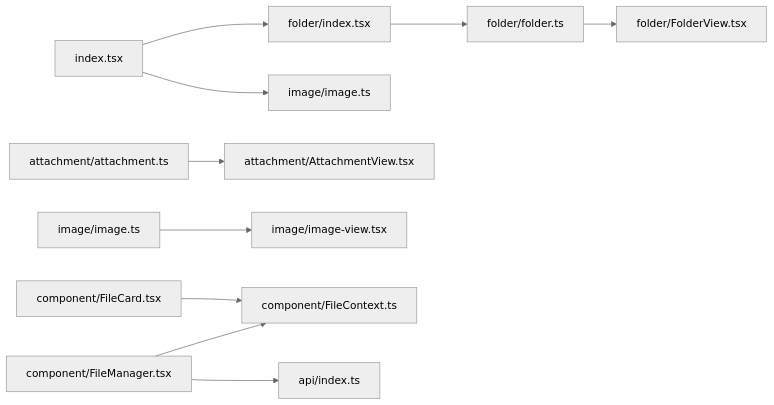
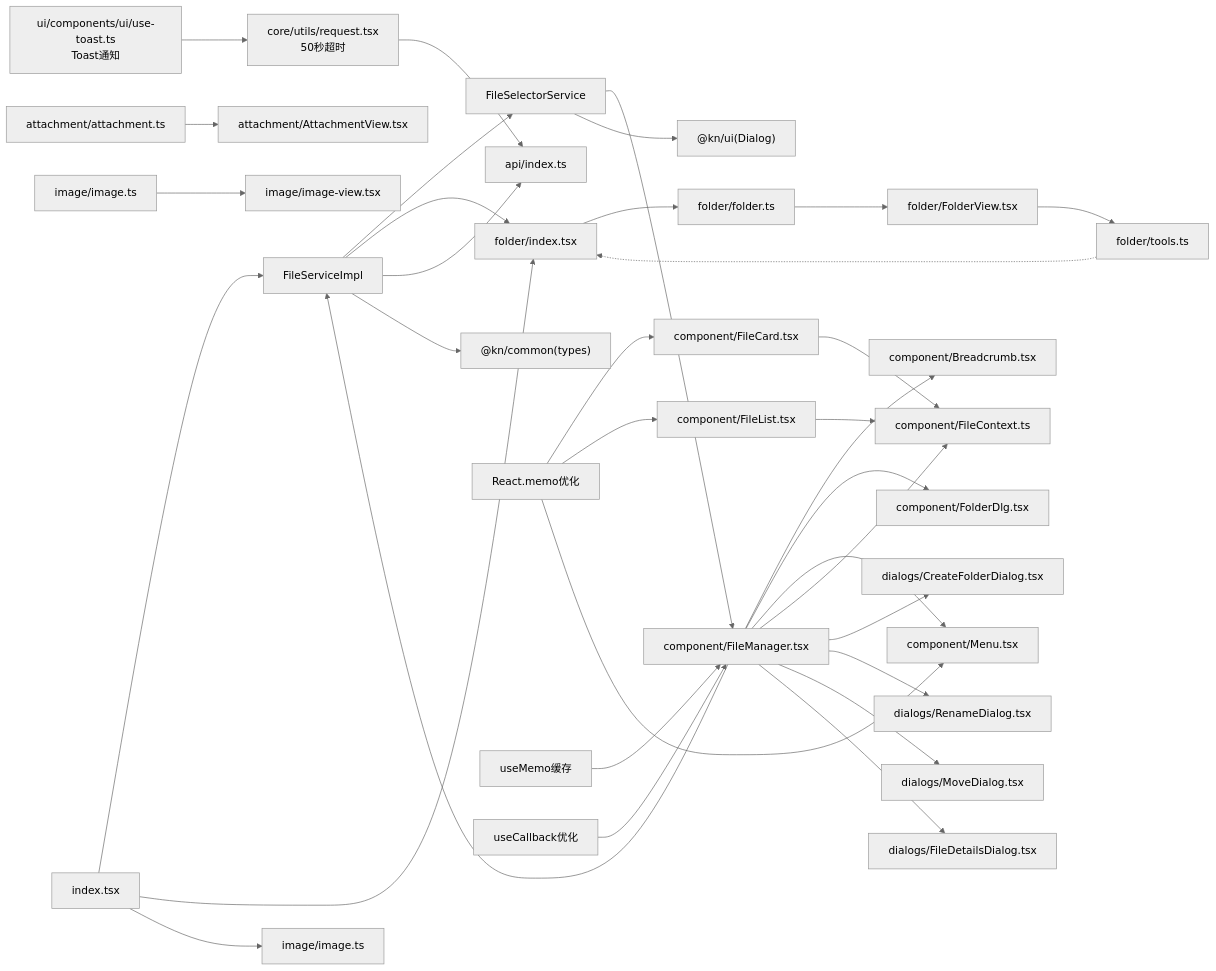
The tenth of 10 diagrams in .qoder/repowiki/zh/content/功能模块/文件管理插件/文件管理插件.md (LRF0422/Kotion), drawn with Mermaid (neutral theme) before and after one commit. The commit also changed other lines of this file and 75 other files, not shown here.

````diff
--- a/.qoder/repowiki/zh/content/功能模块/文件管理插件/文件管理插件.md
+++ b/.qoder/repowiki/zh/content/功能模块/文件管理插件/文件管理插件.md
@@ -342,12 +912,36 @@
 ```mermaid
 graph LR
-IDX["index.tsx"] --> FEXT["folder/index.tsx"]
+IDX["index.tsx"] --> FS["FileServiceImpl"]
+FS --> FSS["FileSelectorService"]
+FS --> FEXT["folder/index.tsx"]
+IDX --> FEXT
 IDX --> IEXT["image/image.ts"]
 FEXT --> FNODE["folder/folder.ts"]
 FNODE --> FVIEW["folder/FolderView.tsx"]
+FVIEW --> TOOLS["folder/tools.ts"]
 AE["attachment/attachment.ts"] --> AV["attachment/AttachmentView.tsx"]
 IE["image/image.ts"] --> IV["image/image-view.tsx"]
-FM["component/FileManager.tsx"] --> CTX["component/FileContext.ts"]
-FM --> API["api/index.ts"]
+FM["component/FileManager.tsx"] --> BC["component/Breadcrumb.tsx"]
+FM --> FD["component/FolderDlg.tsx"]
+FM --> MENU["component/Menu.tsx"]
+FM --> CTX["component/FileContext.ts"]
+FM --> CFD["dialogs/CreateFolderDialog.tsx"]
+FM --> RMD["dialogs/RenameDialog.tsx"]
+FM --> MVD["dialogs/MoveDialog.tsx"]
+FM --> FDD["dialogs/FileDetailsDialog.tsx"]
+FM --> FS
+FS --> API["api/index.ts"]
 FC["component/FileCard.tsx"] --> CTX
+FL["component/FileList.tsx"] --> CTX
+TOOLS -.-> FEXT
+FSS --> FM
+FSS --> UI["@kn/ui(Dialog)"]
+FS --> COMMON["@kn/common(types)"]
+REQ["core/utils/request.tsx<br/>50秒超时"] --> API
+TOAST["ui/components/ui/use-toast.ts<br/>Toast通知"] --> REQ
+MEMO["React.memo优化"] --> FC
+MEMO --> FL
+MEMO --> MENU
+CACHE["useMemo缓存"] --> FM
+CALLBACK["useCallback优化"] --> FM
 ```
````
